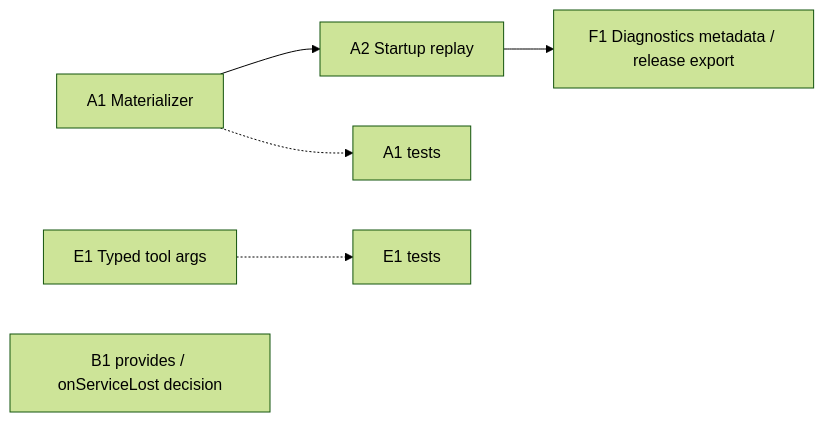
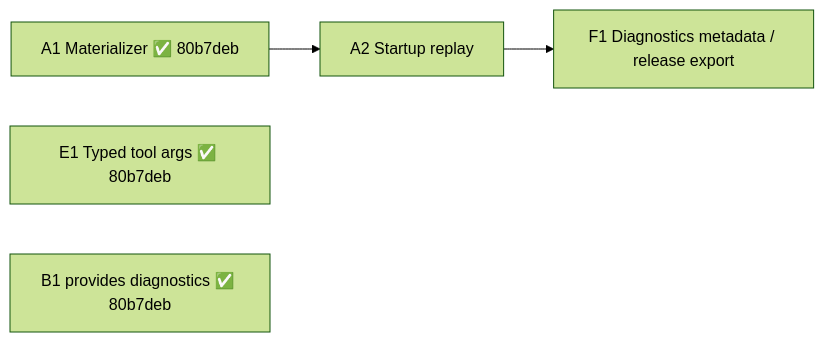
The diagram in docs/plans/2026-11-18-plugin-remaining-work.md (kajimi16/OH-MY-HITA-legacy), drawn with Mermaid (forest theme) before and after one commit. The commit also changed other lines of this file and 1 other file, not shown here.

````diff
--- a/docs/plans/2026-11-18-plugin-remaining-work.md
+++ b/docs/plans/2026-11-18-plugin-remaining-work.md
@@ -22,9 +25,7 @@
 ```mermaid
 flowchart LR
-  A1["A1 Materializer"] --> A2["A2 Startup replay"]
+  A1["A1 Materializer ✅ 80b7deb"] --> A2["A2 Startup replay"]
   A2 --> F1["F1 Diagnostics metadata / release export"]
-  E1["E1 Typed tool args"]
-  B1["B1 provides / onServiceLost decision"]
-  A1 -.-> T1["A1 tests"]
-  E1 -.-> T2["E1 tests"]
+  E1["E1 Typed tool args ✅ 80b7deb"]
+  B1["B1 provides diagnostics ✅ 80b7deb"]
 ```
````
